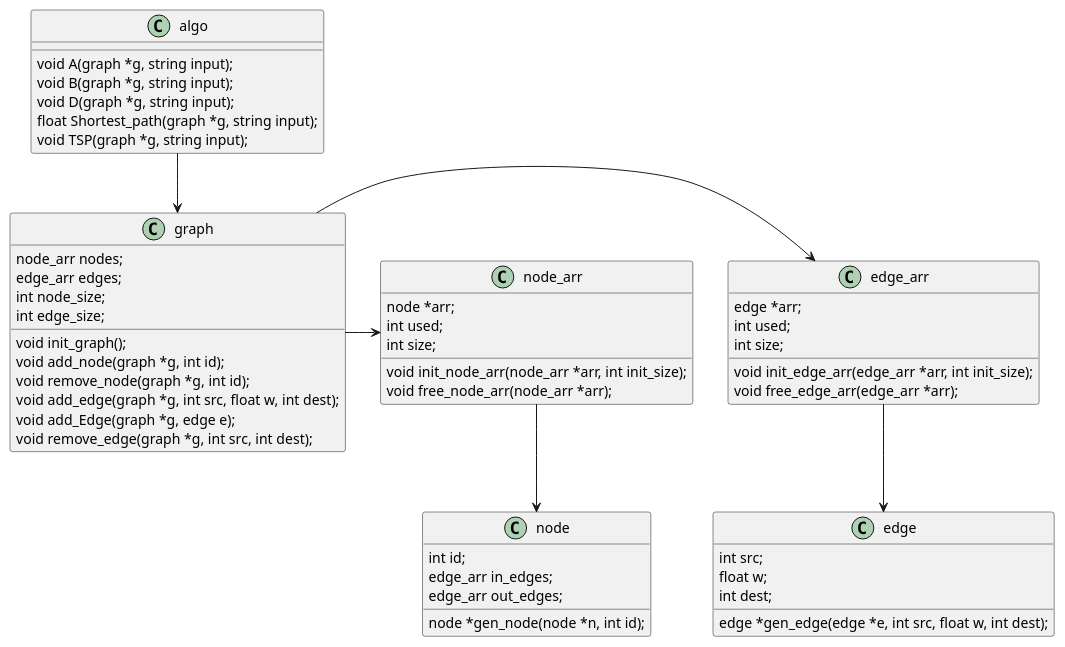
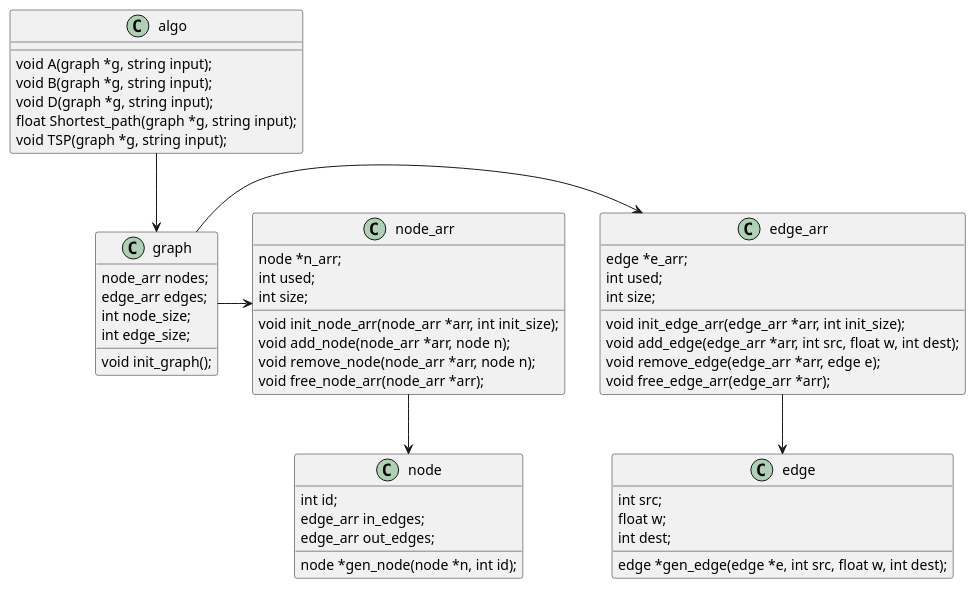
The diagram in Ex4_UML.puml (RF555/SofSys_Ex4), drawn with PlantUML before and after one commit. The commit also changed 3 other files, not shown here.

```diff
--- a/Ex4_UML.puml
+++ b/Ex4_UML.puml
@@ -1,65 +1,65 @@
 @startuml
 
 graph -> edge_arr
 graph -> node_arr
 node_arr --> node
 edge_arr --> edge
 algo --> graph
 
 
 class node{
 int id;
 edge_arr in_edges;
 edge_arr out_edges;
 node *gen_node(node *n, int id);
 }
 
 class edge{
 int src;
 float w;
 int dest;
 edge *gen_edge(edge *e, int src, float w, int dest);
 }
 
 class edge_arr{
-edge *arr;
+edge *e_arr;
 int used;
 int size;
 void init_edge_arr(edge_arr *arr, int init_size);
-'void add_edge(edge_arr *arr, edge e);
-'void remove_edge(edge_arr *arr, edge e);
+void add_edge(edge_arr *arr, int src, float w, int dest);
+void remove_edge(edge_arr *arr, edge e);
 void free_edge_arr(edge_arr *arr);
 }
 
 class node_arr{
-node *arr;
+node *n_arr;
 int used;
 int size;
 void init_node_arr(node_arr *arr, int init_size);
-'void add_node(node_arr *arr, node n);
-'void remove_node(node_arr *arr, node n);
+void add_node(node_arr *arr, node n);
+void remove_node(node_arr *arr, node n);
 void free_node_arr(node_arr *arr);
 }
 
 class graph{
 node_arr nodes;
 edge_arr edges;
 int node_size;
 int edge_size;
 void init_graph();
-void add_node(graph *g, int id);
-void remove_node(graph *g, int id);
-void add_edge(graph *g, int src, float w, int dest);
-void add_Edge(graph *g, edge e);
-void remove_edge(graph *g, int src, int dest);
+'void add_node(graph *g, int id);
+'void remove_node(graph *g, int id);
+'void add_edge(graph *g, int src, float w, int dest);
+'void add_Edge(graph *g, edge e);
+'void remove_edge(graph *g, int src, int dest);
 }
 
 class algo{
 void A(graph *g, string input);
 void B(graph *g, string input);
 void D(graph *g, string input);
 float Shortest_path(graph *g, string input);
 void TSP(graph *g, string input);
 }
 
 @enduml
```
